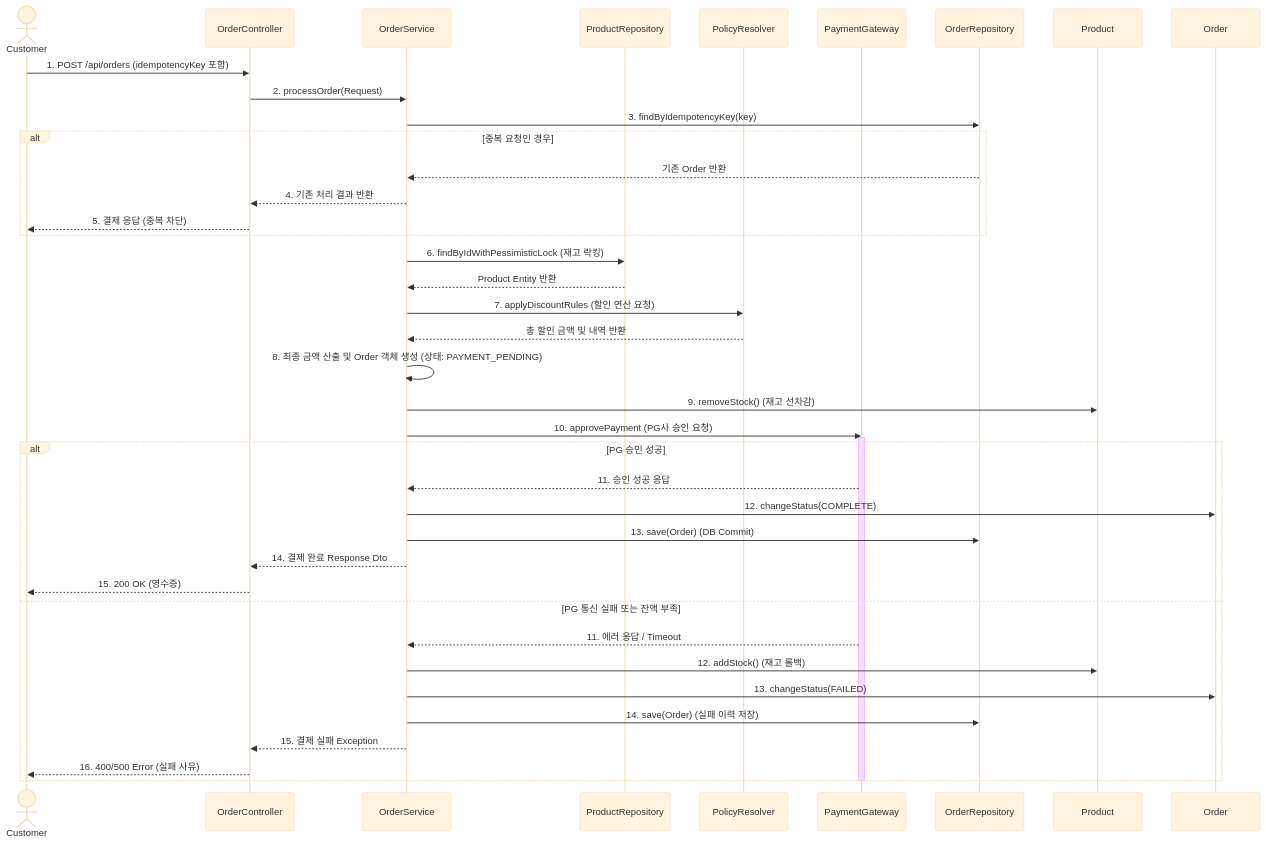
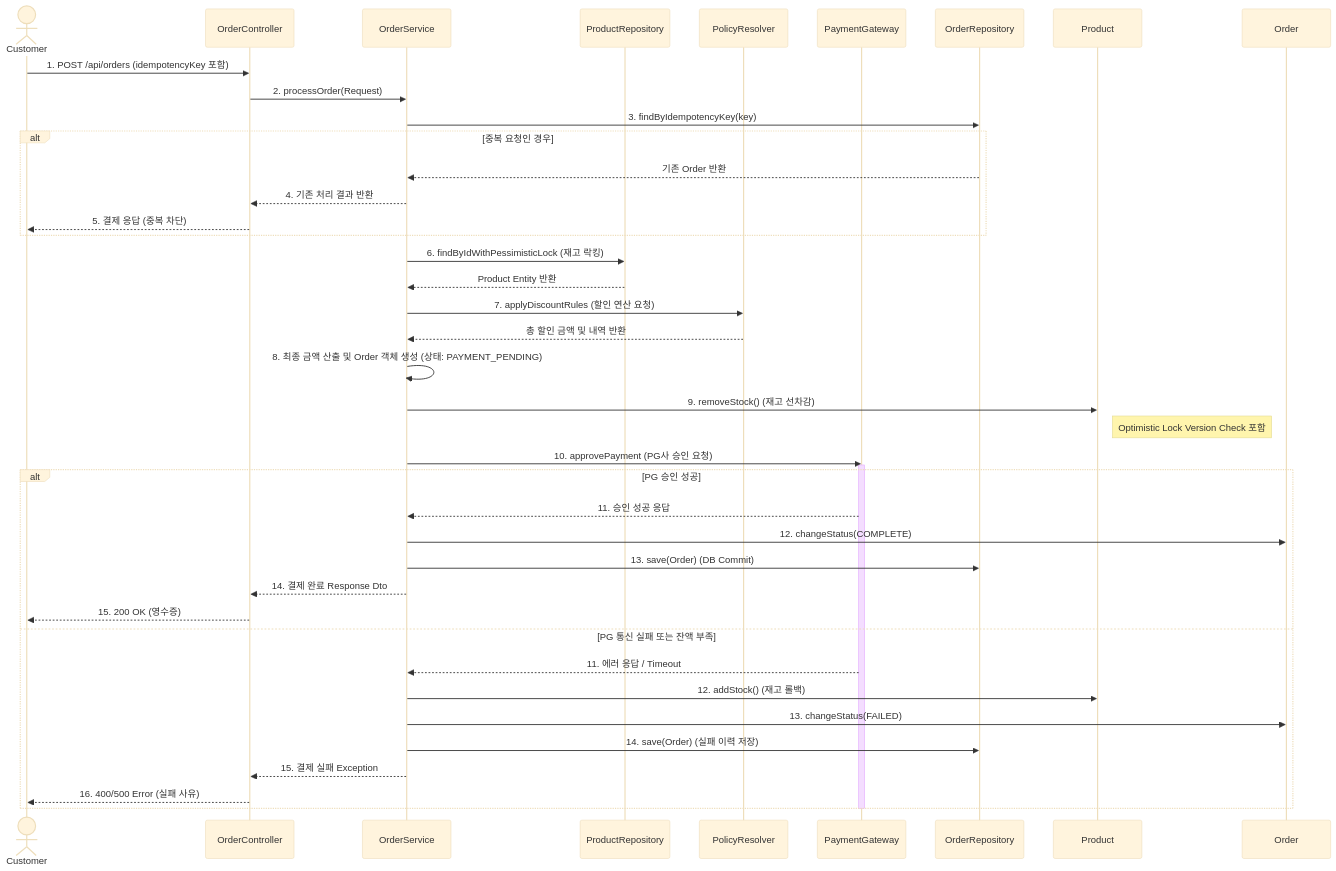
One commit to dlwlssud123/OSS_shopping changed the second of 3 diagrams in Design_22212025_이진녕.md. Above: the diagram before and after it, drawn with Mermaid (base theme). The commit also changed other lines of this file, not shown here.

Commit message:
docs: Update Design document sequence diagram and data types

````diff
--- a/Design_22212025_이진녕.md
+++ b/Design_22212025_이진녕.md
@@ -164,48 +164,49 @@
 ```mermaid
 sequenceDiagram
     actor C as Customer
     participant Ctrl as OrderController
     participant Svc as OrderService
     participant PRepo as ProductRepository
     participant Resolver as PolicyResolver
     participant PG as PaymentGateway
     participant ORepo as OrderRepository
 
     C->>Ctrl: 1. POST /api/orders (idempotencyKey 포함)
     Ctrl->>Svc: 2. processOrder(Request)
     
     Svc->>ORepo: 3. findByIdempotencyKey(key)
     alt 중복 요청인 경우
         ORepo-->>Svc: 기존 Order 반환
         Svc-->>Ctrl: 4. 기존 처리 결과 반환
         Ctrl-->>C: 5. 결제 응답 (중복 차단)
     end
     
     Svc->>PRepo: 6. findByIdWithPessimisticLock (재고 락킹)
     PRepo-->>Svc: Product Entity 반환
     
     Svc->>Resolver: 7. applyDiscountRules (할인 연산 요청)
     Resolver-->>Svc: 총 할인 금액 및 내역 반환
     
     Svc->>Svc: 8. 최종 금액 산출 및 Order 객체 생성 (상태: PAYMENT_PENDING)
     Svc->>Product: 9. removeStock() (재고 선차감)
+    Note right of Product: Optimistic Lock Version Check 포함
     
     Svc->>PG: 10. approvePayment (PG사 승인 요청)
     activate PG
     
     alt PG 승인 성공
         PG-->>Svc: 11. 승인 성공 응답
         Svc->>Order: 12. changeStatus(COMPLETE)
         Svc->>ORepo: 13. save(Order) (DB Commit)
         Svc-->>Ctrl: 14. 결제 완료 Response Dto
         Ctrl-->>C: 15. 200 OK (영수증)
     else PG 통신 실패 또는 잔액 부족
         PG-->>Svc: 11. 에러 응답 / Timeout
         Svc->>Product: 12. addStock() (재고 롤백)
         Svc->>Order: 13. changeStatus(FAILED)
         Svc->>ORepo: 14. save(Order) (실패 이력 저장)
         Svc-->>Ctrl: 15. 결제 실패 Exception
         Ctrl-->>C: 16. 400/500 Error (실패 사유)
     end
     deactivate PG
 ```
````
